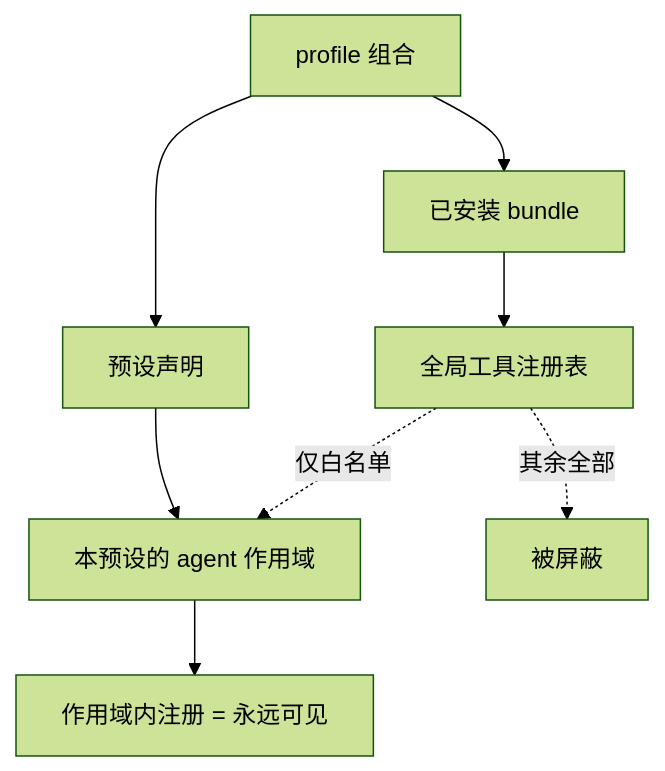
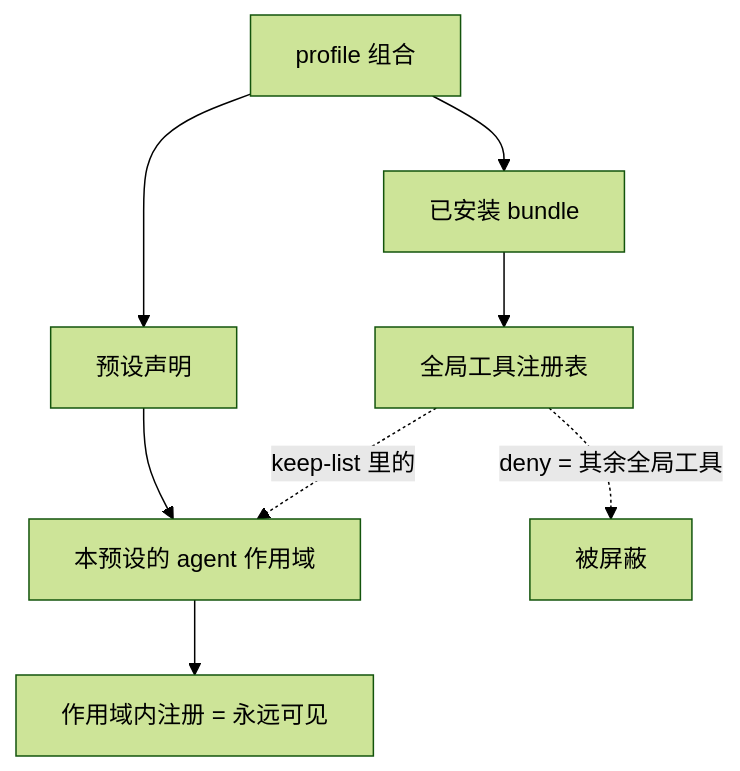
The first of 2 diagrams in docs/00_overview.md (beibingyangliuying/dsh-autoresearch), drawn with Mermaid (forest theme) before and after one commit. The commit also changed other lines of this file, not shown here.

First line of the commit message:
docs(overview): correct the isolation semantics from a white list to a deny list

````diff
--- a/docs/00_overview.md
+++ b/docs/00_overview.md
@@ -29,10 +29,10 @@
 ```mermaid
 flowchart TD
   P[profile 组合] --> B[已安装 bundle]
   B --> G[全局工具注册表]
   P --> D[预设声明]
   D --> A[本预设的 agent 作用域]
   A --> L[作用域内注册 = 永远可见]
-  G -.->|"仅白名单"| A
-  G -.->|"其余全部"| M[被屏蔽]
+  G -.->|"keep-list 里的"| A
+  G -.->|"deny = 其余全局工具"| M[被屏蔽]
 ```
````
